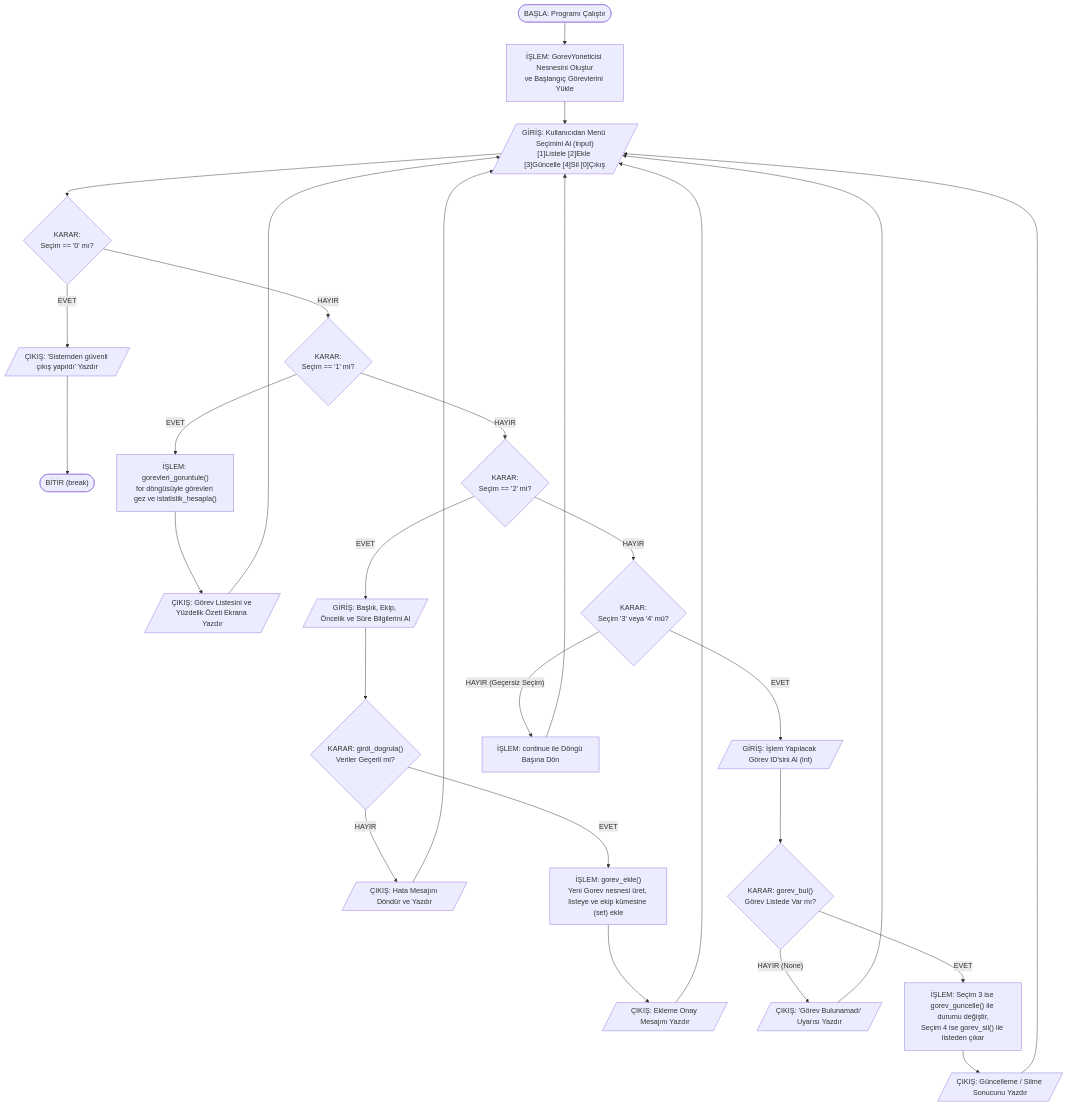
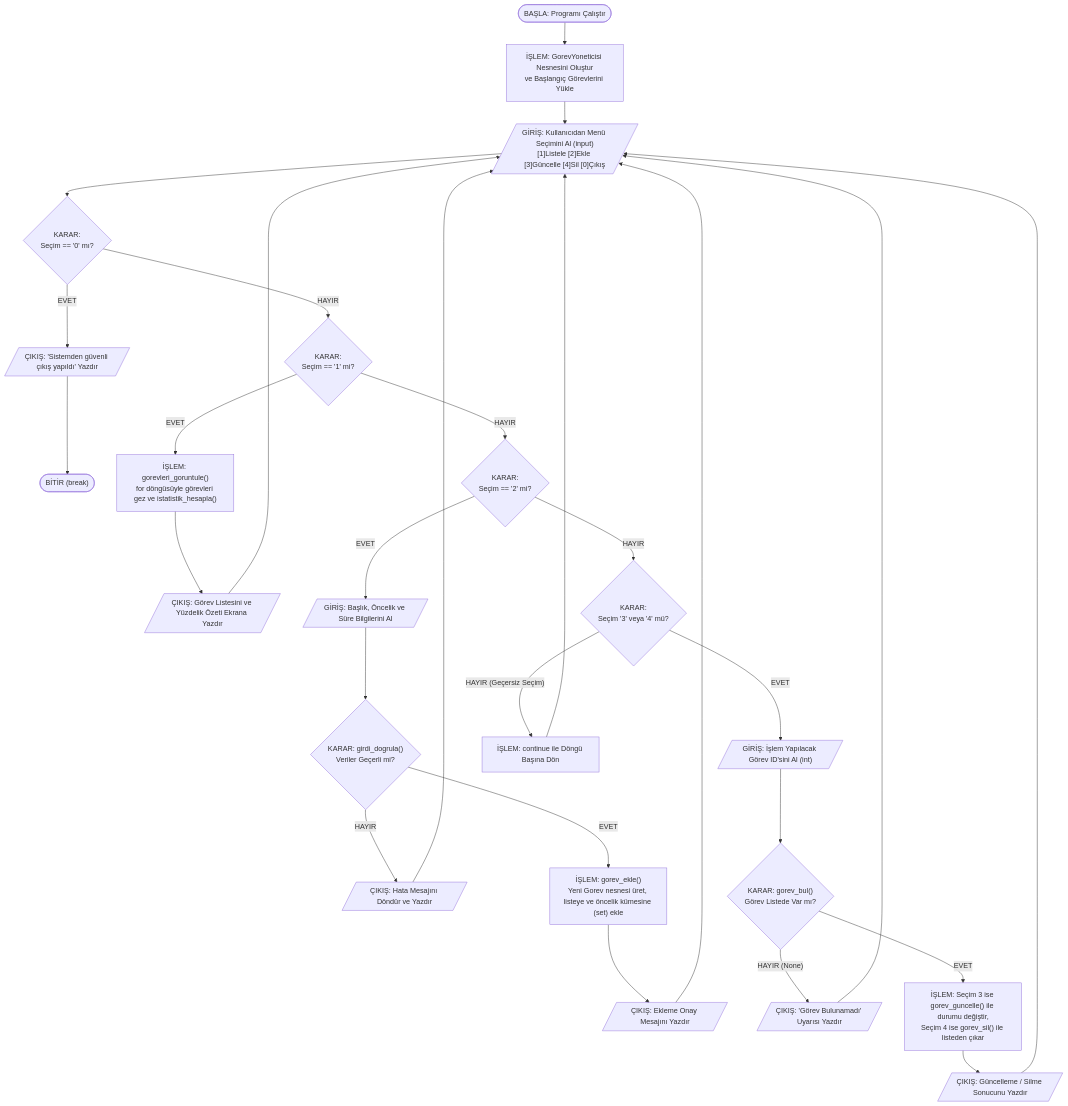
One commit to AlexXenpai/talos-gorev-yoneticisi changed the diagram in README.md. Above: the diagram before and after it, drawn with Mermaid. The commit also changed other lines of this file and 1 other file, not shown here.

Commit message:
Gorev eklemeden grup/ekip secimi kaldirildi

````diff
--- a/README.md
+++ b/README.md
@@ -26,35 +26,35 @@
 ```mermaid
 flowchart TD
     Start(["BAŞLA: Programı Çalıştır"]) --> Init["İŞLEM: GorevYoneticisi Nesnesini Oluştur<br/>ve Başlangıç Görevlerini Yükle"]
     Init --> MenuInput[/"GİRİŞ: Kullanıcıdan Menü Seçimini Al (input)<br/>[1]Listele [2]Ekle [3]Güncelle [4]Sil [0]Çıkış"/]
 
     MenuInput --> CheckZero{"KARAR:<br/>Seçim == '0' mı?"}
     CheckZero -- "EVET" --> ExitMsg[/"ÇIKIŞ: 'Sistemden güvenli çıkış yapıldı' Yazdır"/]
     ExitMsg --> EndNode(["BİTİR (break)"])
 
     CheckZero -- "HAYIR" --> CheckOne{"KARAR:<br/>Seçim == '1' mi?"}
     CheckOne -- "EVET" --> ProcList["İŞLEM: gorevleri_goruntule()<br/>for döngüsüyle görevleri gez ve istatistik_hesapla()"]
     ProcList --> OutList[/"ÇIKIŞ: Görev Listesini ve Yüzdelik Özeti Ekrana Yazdır"/]
     OutList --> MenuInput
 
     CheckOne -- "HAYIR" --> CheckTwo{"KARAR:<br/>Seçim == '2' mi?"}
-    CheckTwo -- "EVET" --> InAdd[/"GİRİŞ: Başlık, Ekip, Öncelik ve Süre Bilgilerini Al"/]
+    CheckTwo -- "EVET" --> InAdd[/"GİRİŞ: Başlık, Öncelik ve Süre Bilgilerini Al"/]
     InAdd --> Validate{"KARAR: girdi_dogrula()<br/>Veriler Geçerli mi?"}
     Validate -- "HAYIR" --> OutErr[/"ÇIKIŞ: Hata Mesajını Döndür ve Yazdır"/]
-    Validate -- "EVET" --> ProcAdd["İŞLEM: gorev_ekle()<br/>Yeni Gorev nesnesi üret, listeye ve ekip kümesine (set) ekle"]
+    Validate -- "EVET" --> ProcAdd["İŞLEM: gorev_ekle()<br/>Yeni Gorev nesnesi üret, listeye ve öncelik kümesine (set) ekle"]
     ProcAdd --> OutAdd[/"ÇIKIŞ: Ekleme Onay Mesajını Yazdır"/]
     OutErr --> MenuInput
     OutAdd --> MenuInput
 
     CheckTwo -- "HAYIR" --> CheckThreeFour{"KARAR:<br/>Seçim '3' veya '4' mü?"}
     CheckThreeFour -- "EVET" --> InID[/"GİRİŞ: İşlem Yapılacak Görev ID'sini Al (int)"/]
     InID --> FindTask{"KARAR: gorev_bul()<br/>Görev Listede Var mı?"}
     FindTask -- "HAYIR (None)" --> OutNotFound[/"ÇIKIŞ: 'Görev Bulunamadı' Uyarısı Yazdır"/]
     FindTask -- "EVET" --> UpdateOrDel["İŞLEM: Seçim 3 ise gorev_guncelle() ile durumu değiştir,<br/>Seçim 4 ise gorev_sil() ile listeden çıkar"]
     UpdateOrDel --> OutUpd[/"ÇIKIŞ: Güncelleme / Silme Sonucunu Yazdır"/]
     OutNotFound --> MenuInput
     OutUpd --> MenuInput
 
     CheckThreeFour -- "HAYIR (Geçersiz Seçim)" --> Cont["İŞLEM: continue ile Döngü Başına Dön"]
     Cont --> MenuInput
 ```
````
